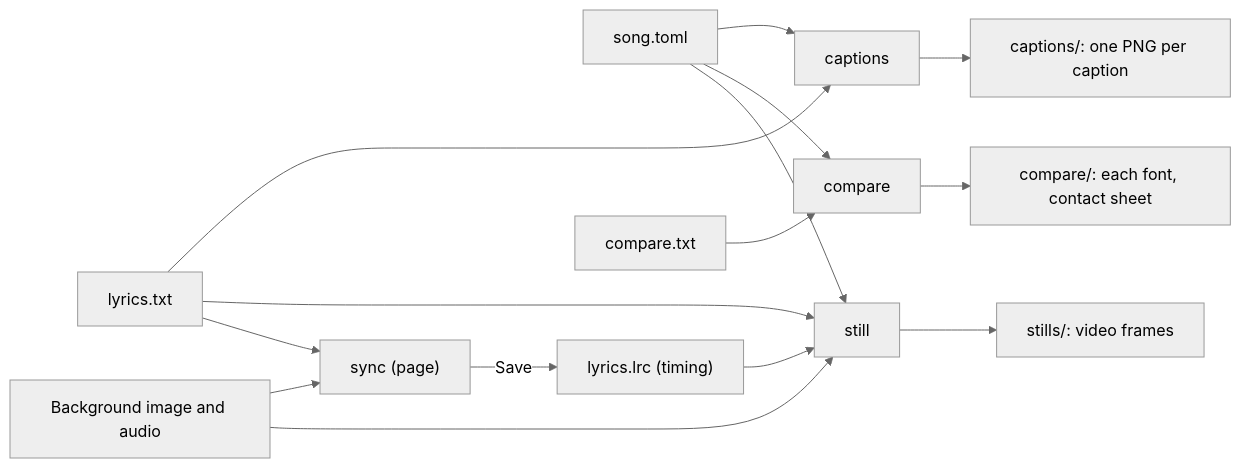
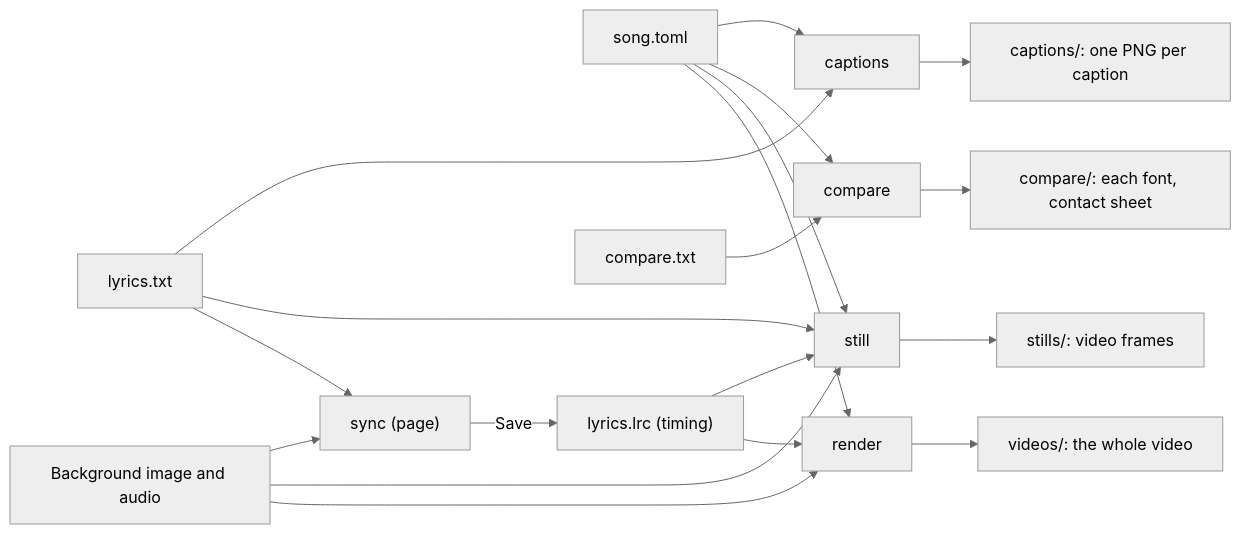
One commit to musica-sanare/lyrics-video-app changed the diagram in docs/en/USER_GUIDE.md. Above: the diagram before and after it, drawn with Mermaid (neutral theme). The commit also changed other lines of this file and 14 other files, not shown here.

First line of the commit message:
feat: render the whole lyrics video

````diff
--- a/docs/en/USER_GUIDE.md
+++ b/docs/en/USER_GUIDE.md
@@ -11,25 +12,28 @@
 ```mermaid
 flowchart LR
   song["song.toml"]
   lyrics["lyrics.txt"]
   timing["lyrics.lrc (timing)"]
   comparetxt["compare.txt"]
   media["Background image and audio"]
   captions["captions"]
   compare["compare"]
   still["still"]
+  render["render"]
   sync["sync (page)"]
   outCaptions["captions/: one PNG per caption"]
   outCompare["compare/: each font, contact sheet"]
   outStills["stills/: video frames"]
-  song --> captions & compare & still
+  outVideos["videos/: the whole video"]
+  song --> captions & compare & still & render
   lyrics --> captions & still
-  timing --> still
+  timing --> still & render
   lyrics & media --> sync
   sync -->|Save| timing
   comparetxt --> compare
-  media --> still
+  media --> still & render
+  render --> outVideos
   captions --> outCaptions
   compare --> outCompare
   still --> outStills
 ```
````
